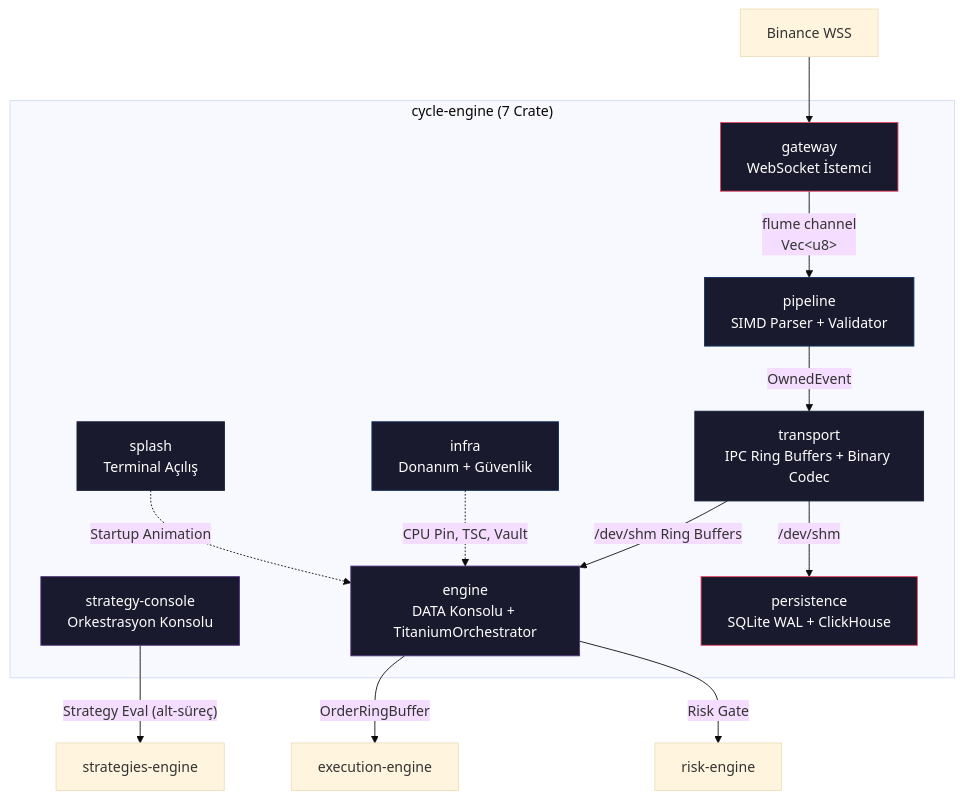
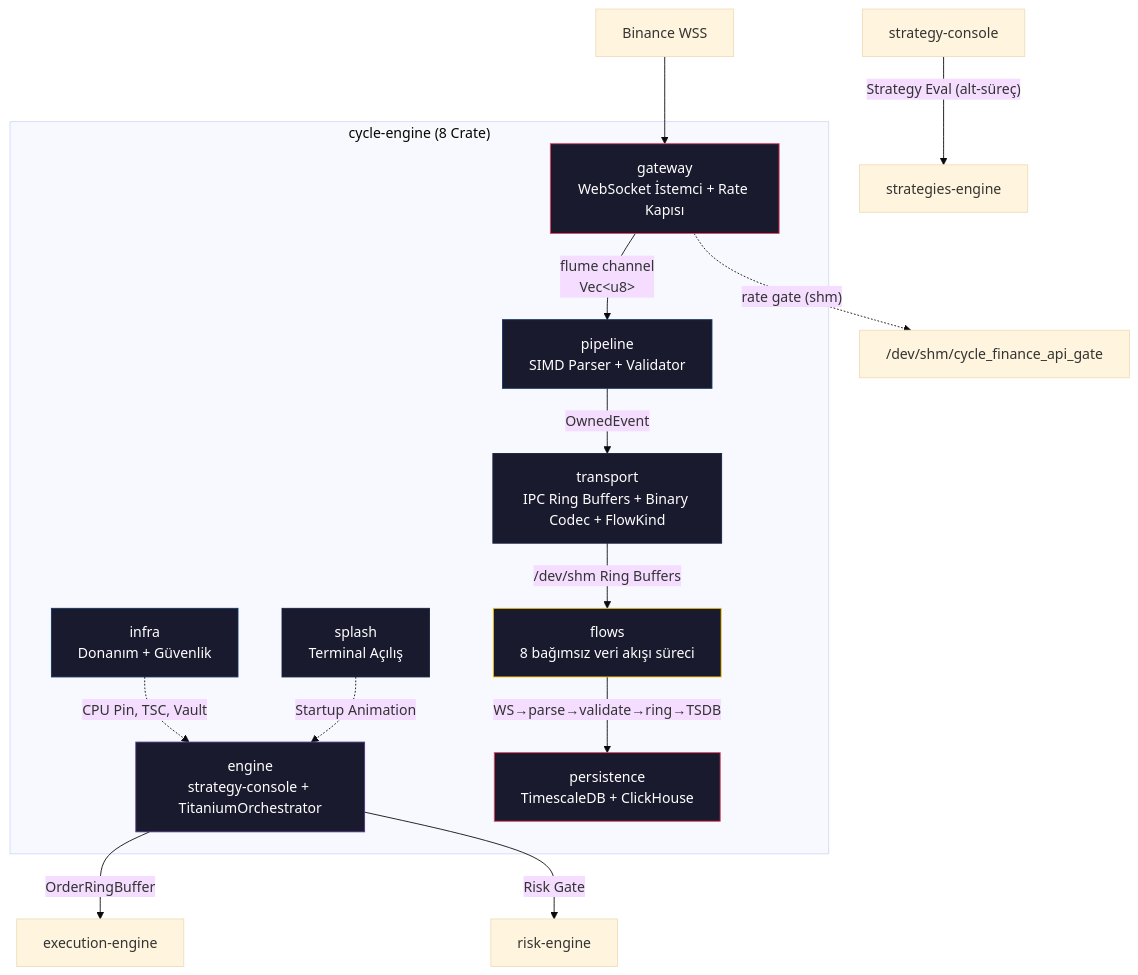
The first of 10 diagrams in cycle-engine/cycle_engine_architecture.md (Quant-Trade-Lab-Community/cycle_finance_bot), drawn with Mermaid (base theme) before and after one commit. The commit also changed other lines of this file and 105 other files, not shown here.

Commit message:
feat: flows veri hattı — 8 bağımsız akış (WS/REST → ring → TimescaleDB), rate gate, REST fallback + weight izleme; price-feed kaldırıldı; ai-engine & unused_services Desktop'a taşındı

````diff
--- a/cycle-engine/cycle_engine_architecture.md
+++ b/cycle-engine/cycle_engine_architecture.md
@@ -11,33 +11,34 @@
 ```mermaid
 graph TB
-    subgraph "cycle-engine (7 Crate)"
-        GW["gateway<br/>WebSocket İstemci"]
+    subgraph "cycle-engine (8 Crate)"
+        GW["gateway<br/>WebSocket İstemci + Rate Kapısı"]
         PL["pipeline<br/>SIMD Parser + Validator"]
-        TR["transport<br/>IPC Ring Buffers + Binary Codec"]
-        EN["engine<br/>DATA Konsolu + TitaniumOrchestrator"]
-        SC["strategy-console<br/>Orkestrasyon Konsolu"]
-        PE["persistence<br/>SQLite WAL + ClickHouse"]
+        TR["transport<br/>IPC Ring Buffers + Binary Codec + FlowKind"]
+        EN["engine<br/>strategy-console + TitaniumOrchestrator"]
+        FL["flows<br/>8 bağımsız veri akışı süreci"]
+        PE["persistence<br/>TimescaleDB + ClickHouse"]
         IN["infra<br/>Donanım + Güvenlik"]
         SP["splash<br/>Terminal Açılış"]
     end
 
     BN["Binance WSS"] --> GW
     GW -->|"flume channel<br/>Vec&lt;u8&gt;"| PL
+    GW -.->|"rate gate (shm)"| RG["/dev/shm/cycle_finance_api_gate"]
+    FL -->|"WS→parse→validate→ring→TSDB"| PE
     PL -->|"OwnedEvent"| TR
-    TR -->|"/dev/shm Ring Buffers"| EN
-    TR -->|"/dev/shm"| PE
+    TR -->|"/dev/shm Ring Buffers"| FL
     EN -->|"OrderRingBuffer"| EX["execution-engine"]
     EN -->|"Risk Gate"| RI["risk-engine"]
-    SC -->|"Strategy Eval (alt-süreç)"| ST["strategies-engine"]
+    SC["strategy-console"] -->|"Strategy Eval (alt-süreç)"| ST["strategies-engine"]
     IN -.->|"CPU Pin, TSC, Vault"| EN
     SP -.->|"Startup Animation"| EN
 
     style GW fill:#1a1a2e,stroke:#e94560,color:#fff
     style PL fill:#1a1a2e,stroke:#0f3460,color:#fff
     style TR fill:#1a1a2e,stroke:#16213e,color:#fff
     style EN fill:#1a1a2e,stroke:#533483,color:#fff
-    style SC fill:#1a1a2e,stroke:#533483,color:#fff
+    style FL fill:#1a1a2e,stroke:#f1c40f,color:#fff
     style PE fill:#1a1a2e,stroke:#e94560,color:#fff
     style IN fill:#1a1a2e,stroke:#0f3460,color:#fff
     style SP fill:#1a1a2e,stroke:#16213e,color:#fff
 ```
````
